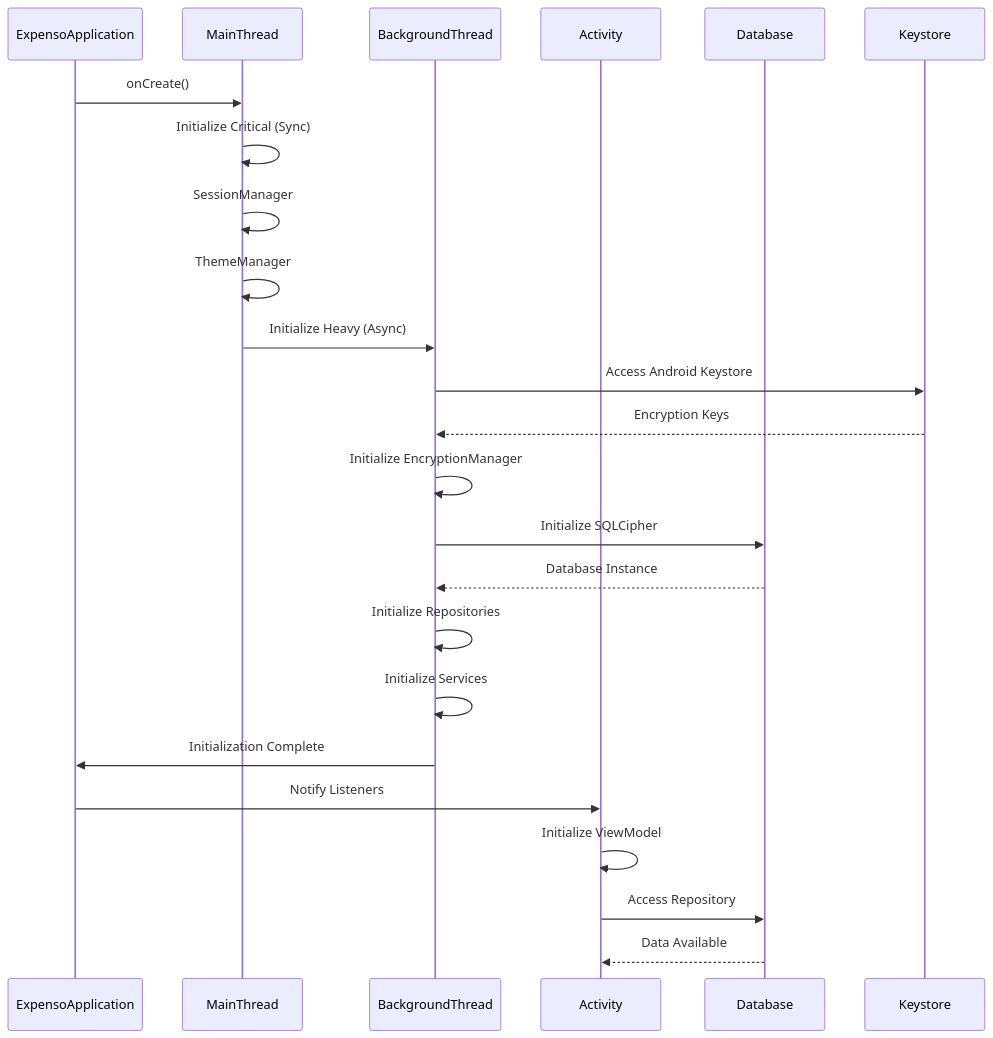
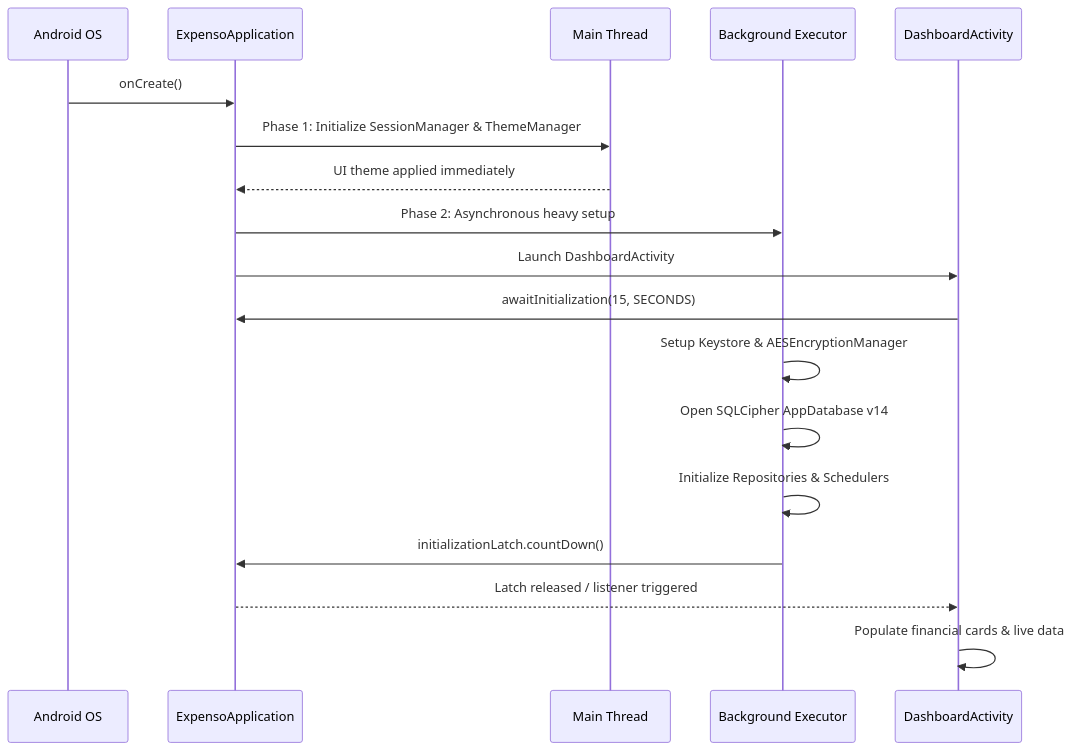
Before and after one commit to maurihimanshu/expenso-docs: the sixth of 6 diagrams in docs/ARCHITECTURE.md, drawn with Mermaid. The commit also changed other lines of this file and 7 other files, not shown here.

````diff
--- a/docs/ARCHITECTURE.md
+++ b/docs/ARCHITECTURE.md
@@ -584,29 +409,21 @@
 ```mermaid
 sequenceDiagram
+    participant OS as Android OS
     participant App as ExpensoApplication
-    participant Main as MainThread
-    participant BG as BackgroundThread
-    participant Act as Activity
-    participant DB as Database
-    participant Key as Keystore
-    
-    App->>Main: onCreate()
-    Main->>Main: Initialize Critical (Sync)
-    Main->>Main: SessionManager
-    Main->>Main: ThemeManager
-    Main->>BG: Initialize Heavy (Async)
-    
-    BG->>Key: Access Android Keystore
-    Key-->>BG: Encryption Keys
-    BG->>BG: Initialize EncryptionManager
-    BG->>DB: Initialize SQLCipher
-    DB-->>BG: Database Instance
-    BG->>BG: Initialize Repositories
-    BG->>BG: Initialize Services
-    BG->>App: Initialization Complete
-    
-    App->>Act: Notify Listeners
-    Act->>Act: Initialize ViewModel
-    Act->>DB: Access Repository
-    DB-->>Act: Data Available
+    participant Main as Main Thread
+    participant BG as Background Executor
+    participant UI as DashboardActivity
+
+    OS->>App: onCreate()
+    App->>Main: Phase 1: Initialize SessionManager & ThemeManager
+    Main-->>App: UI theme applied immediately
+    App->>BG: Phase 2: Asynchronous heavy setup
+    App->>UI: Launch DashboardActivity
+    UI->>App: awaitInitialization(15, SECONDS)
+    BG->>BG: Setup Keystore & AESEncryptionManager
+    BG->>BG: Open SQLCipher AppDatabase v14
+    BG->>BG: Initialize Repositories & Schedulers
+    BG->>App: initializationLatch.countDown()
+    App-->>UI: Latch released / listener triggered
+    UI->>UI: Populate financial cards & live data
 ```
````
